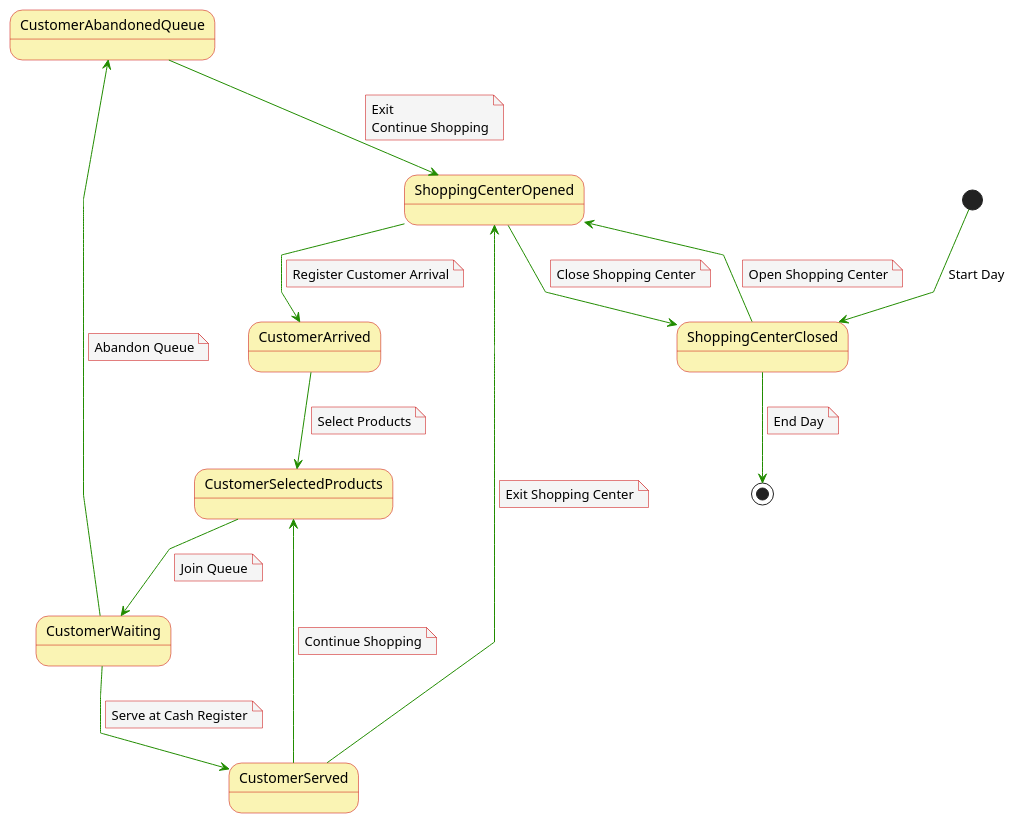
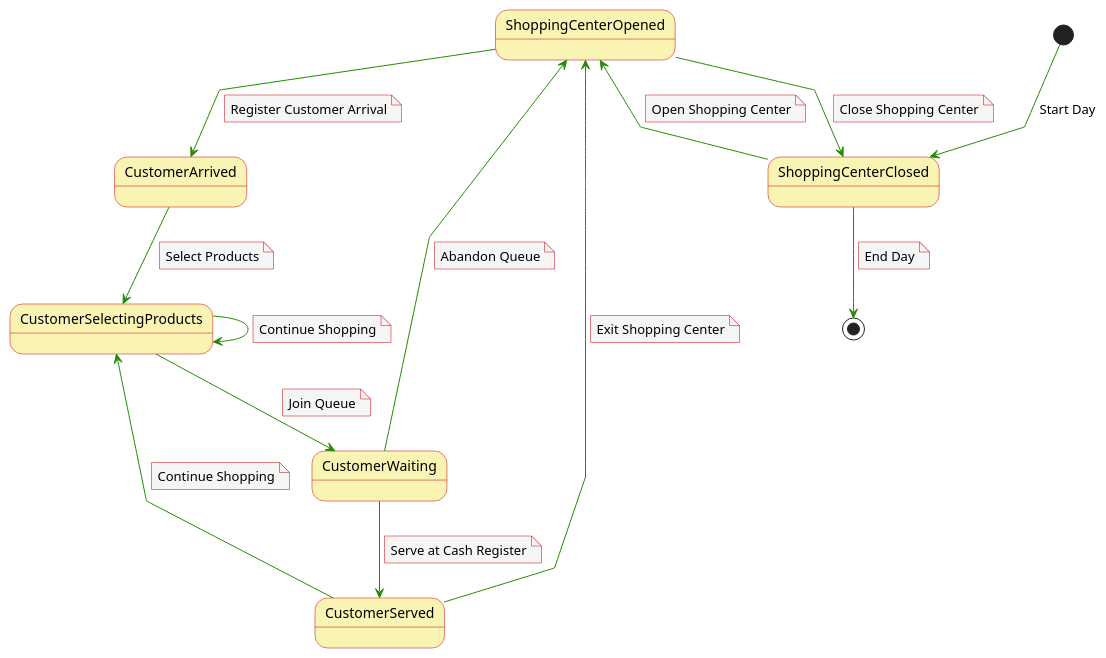
One commit to mmasias/23-24-IdSw2-SDD changed the diagram in casosDeUso/diagramaContexto.puml. Above: the diagram before and after it, drawn with PlantUML. The commit also changed 6 other files, not shown here.

```diff
--- a/casosDeUso/diagramaContexto.puml
+++ b/casosDeUso/diagramaContexto.puml
@@ -1,68 +1,67 @@
 @startuml
 skinparam noteBackgroundColor #f5f5f5
 skinparam noteBorderColor #c90000
 skinparam arrowColor #218c00
 skinparam stateBackgroundColor #faf4b4
 skinparam stateBorderColor #c90000
 skinparam linetype polyline
 skinparam arrowThickness 1
 
 [*] --> ShoppingCenterClosed : Start Day
 
 ShoppingCenterClosed --> ShoppingCenterOpened
 note on link
   Open Shopping Center
 end note
 
 ShoppingCenterOpened --> CustomerArrived
 note on link
   Register Customer Arrival
 end note
 
-CustomerArrived --> CustomerSelectedProducts
+CustomerArrived --> CustomerSelectingProducts
 note on link
   Select Products
 end note
 
-CustomerSelectedProducts --> CustomerWaiting
+CustomerSelectingProducts --> CustomerWaiting
 note on link
   Join Queue
+end note
+
+CustomerSelectingProducts -right-> CustomerSelectingProducts
+note on link
+  Continue Shopping
 end note
 
 CustomerWaiting --> CustomerServed
 note on link
   Serve at Cash Register
 end note
 
-CustomerServed -right-> CustomerSelectedProducts
+CustomerServed -right-> CustomerSelectingProducts
 note on link
   Continue Shopping
 end note
 
 CustomerServed --> ShoppingCenterOpened
 note on link
   Exit Shopping Center
 end note
 
-CustomerWaiting -up-> CustomerAbandonedQueue
+CustomerWaiting -up-> ShoppingCenterOpened
 note on link
   Abandon Queue
-end note
-
-CustomerAbandonedQueue --> ShoppingCenterOpened
-note on link
-  Exit
-  Continue Shopping
 end note
 
 ShoppingCenterOpened --> ShoppingCenterClosed
 note on link
   Close Shopping Center
 end note
 
 ShoppingCenterClosed --> [*]
 note on link
   End Day
 end note
 
 @enduml
```
